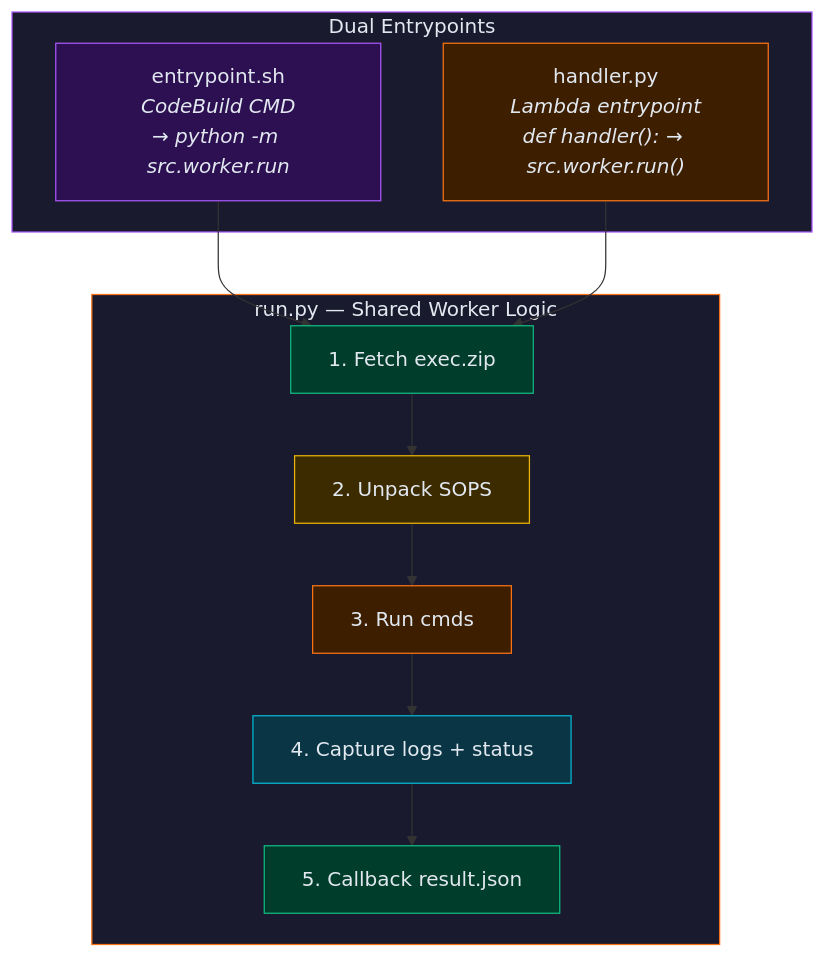
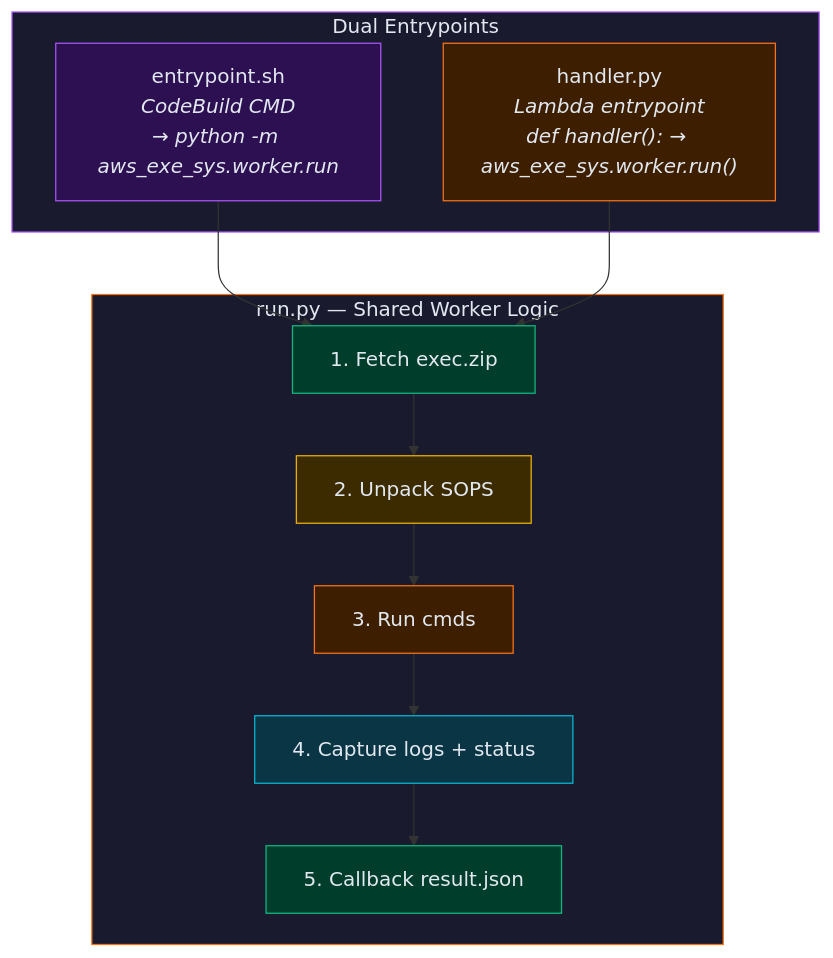
One commit to config0-hub/aws-execution-engine changed the diagram in docs/REPO_STRUCTURE.md. Above: the diagram before and after it, drawn with Mermaid. The commit also changed other lines of this file and 170 other files, not shown here.

````diff
--- a/docs/REPO_STRUCTURE.md
+++ b/docs/REPO_STRUCTURE.md
@@ -142,29 +141,29 @@
 ```mermaid
 flowchart TB
     subgraph Entrypoints["Dual Entrypoints"]
-        CB["entrypoint.sh<br><i>CodeBuild CMD</i><br><i>→ python -m src.worker.run</i>"]
-        Lambda["handler.py<br><i>Lambda entrypoint</i><br><i>def handler(): → src.worker.run()</i>"]
+        CB["entrypoint.sh<br><i>CodeBuild CMD</i><br><i>→ python -m aws_exe_sys.worker.run</i>"]
+        Lambda["handler.py<br><i>Lambda entrypoint</i><br><i>def handler(): → aws_exe_sys.worker.run()</i>"]
     end
 
     subgraph RunPy["run.py — Shared Worker Logic"]
         S1["1. Fetch exec.zip"]
         S2["2. Unpack SOPS"]
         S3["3. Run cmds"]
         S4["4. Capture logs + status"]
         S5["5. Callback result.json"]
     end
 
     CB --> S1
     Lambda --> S1
     S1 --> S2 --> S3 --> S4 --> S5
 
     style CB fill:#2d1052,stroke:#a855f7,color:#e2e8f0
     style Lambda fill:#3d1f00,stroke:#f97316,color:#e2e8f0
     style S1 fill:#003d2b,stroke:#10b981,color:#e2e8f0
     style S2 fill:#3d2b00,stroke:#eab308,color:#e2e8f0
     style S3 fill:#3d1f00,stroke:#f97316,color:#e2e8f0
     style S4 fill:#0a3544,stroke:#06b6d4,color:#e2e8f0
     style S5 fill:#003d2b,stroke:#10b981,color:#e2e8f0
     style Entrypoints fill:#1a1a2e,stroke:#a855f7,color:#e2e8f0
     style RunPy fill:#1a1a2e,stroke:#f97316,color:#e2e8f0
 ```
````
